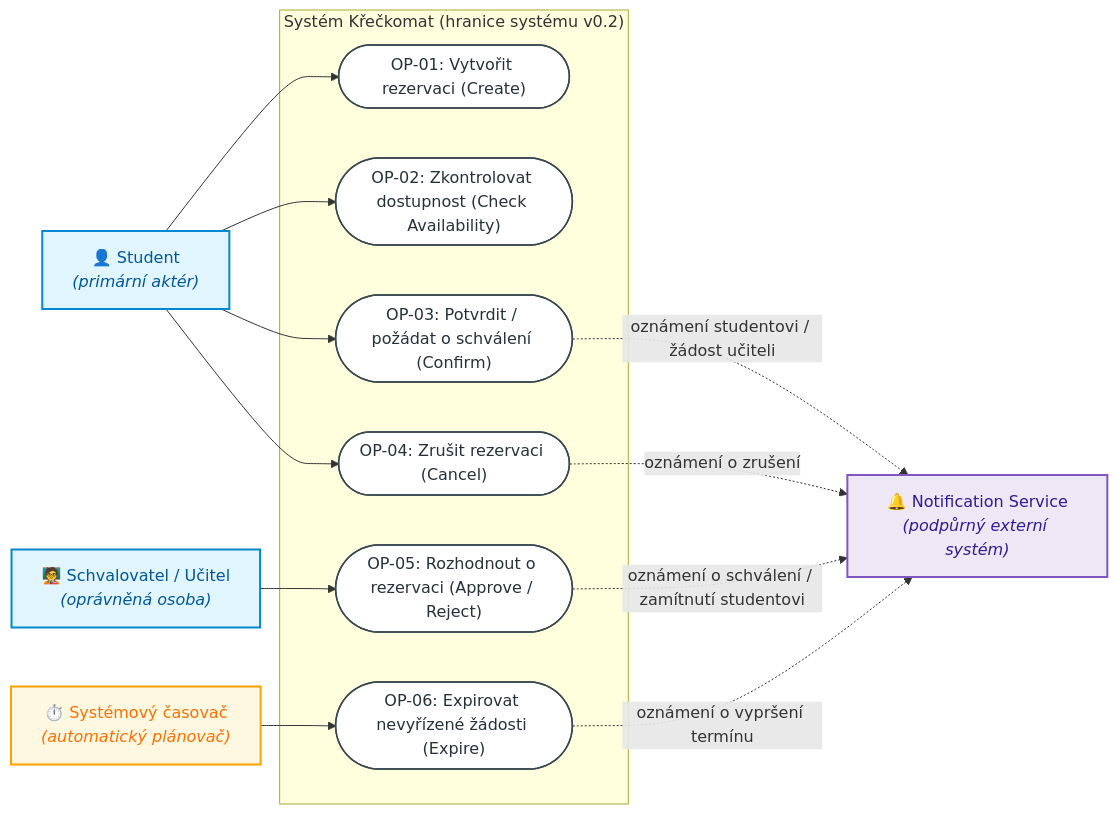
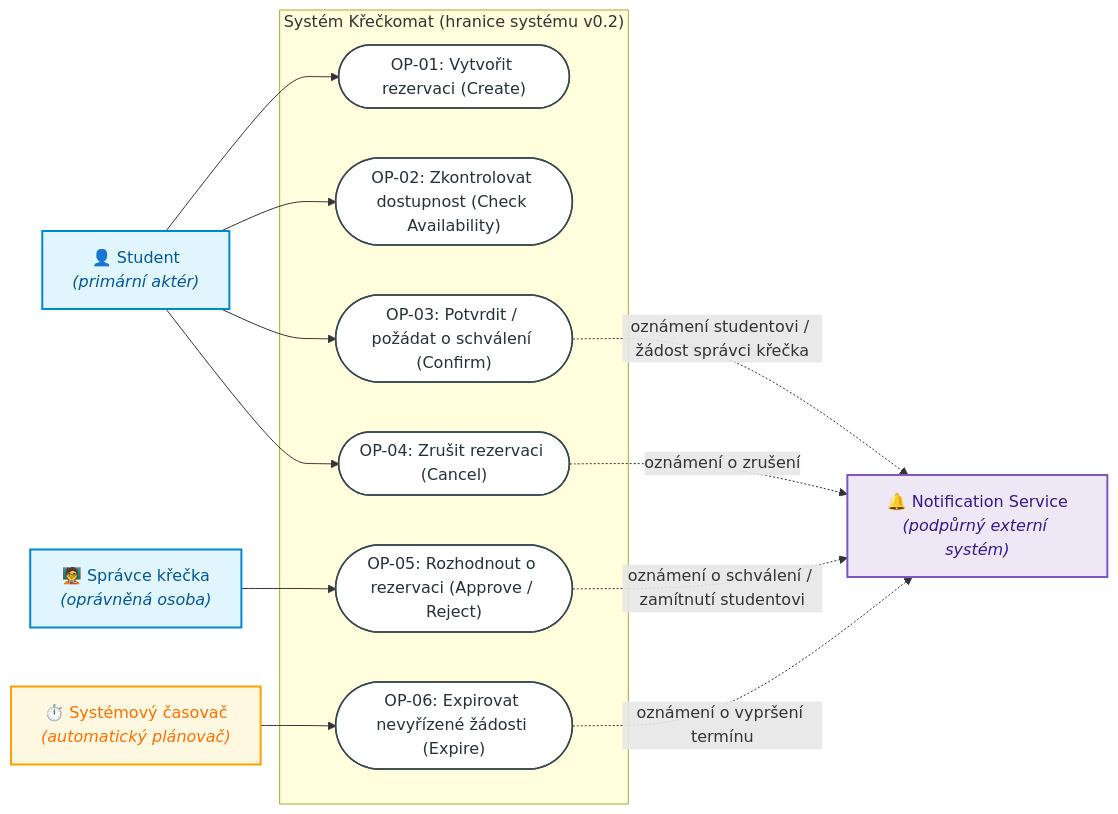
The sixth of 6 diagrams in DIAGRAMS.md (tomaskirnig/SWI_2027), drawn with Mermaid before and after one commit. The commit also changed other lines of this file and 14 other files, not shown here.

Commit message:
feat: Finished all diagrams + added fronted + changed DB to supabase

````diff
--- a/DIAGRAMS.md
+++ b/DIAGRAMS.md
@@ -300,34 +296,34 @@
 ```mermaid
 flowchart LR
     classDef actorStyle fill:#e1f5fe,stroke:#0288d1,stroke-width:2px,color:#01579b;
     classDef extStyle fill:#ede7f6,stroke:#7e57c2,stroke-width:2px,color:#311b92;
     classDef timerStyle fill:#fff8e1,stroke:#ffa000,stroke-width:2px,color:#ff6f00;
     classDef ucStyle fill:#ffffff,stroke:#37474f,stroke-width:1.5px,color:#263238;
 
     Student["👤 Student<br/><i>(primární aktér)</i>"]:::actorStyle
-    Approver["🧑‍🏫 Schvalovatel / Učitel<br/><i>(oprávněná osoba)</i>"]:::actorStyle
+    Approver["🧑‍🏫 Správce křečka<br/><i>(oprávněná osoba)</i>"]:::actorStyle
     Timer["⏱️ Systémový časovač<br/><i>(automatický plánovač)</i>"]:::timerStyle
     NotificationService["🔔 Notification Service<br/><i>(podpůrný externí systém)</i>"]:::extStyle
 
     subgraph System[" Systém Křečkomat (hranice systému v0.2) "]
         UC1(["OP-01: Vytvořit rezervaci (Create)"]):::ucStyle
         UC2(["OP-02: Zkontrolovat dostupnost (Check Availability)"]):::ucStyle
         UC3(["OP-03: Potvrdit / požádat o schválení (Confirm)"]):::ucStyle
         UC4(["OP-04: Zrušit rezervaci (Cancel)"]):::ucStyle
         UC5(["OP-05: Rozhodnout o rezervaci (Approve / Reject)"]):::ucStyle
         UC6(["OP-06: Expirovat nevyřízené žádosti (Expire)"]):::ucStyle
     end
 
     Student --> UC1
     Student --> UC2
     Student --> UC3
     Student --> UC4
 
     Approver --> UC5
     Timer --> UC6
 
-    UC3 -.->|"oznámení studentovi / žádost učiteli"| NotificationService
+    UC3 -.->|"oznámení studentovi / žádost správci křečka"| NotificationService
     UC4 -.->|"oznámení o zrušení"| NotificationService
     UC5 -.->|"oznámení o schválení / zamítnutí studentovi"| NotificationService
     UC6 -.->|"oznámení o vypršení termínu"| NotificationService
 ```
````
